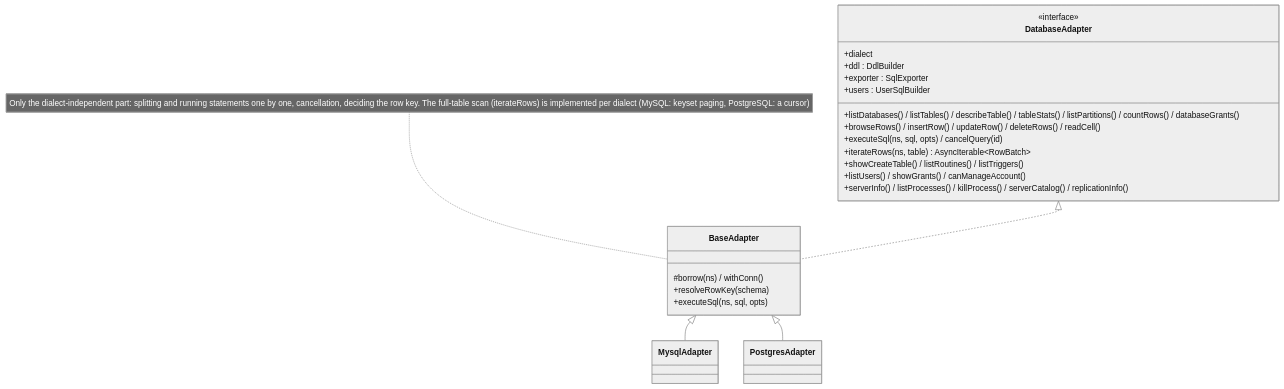
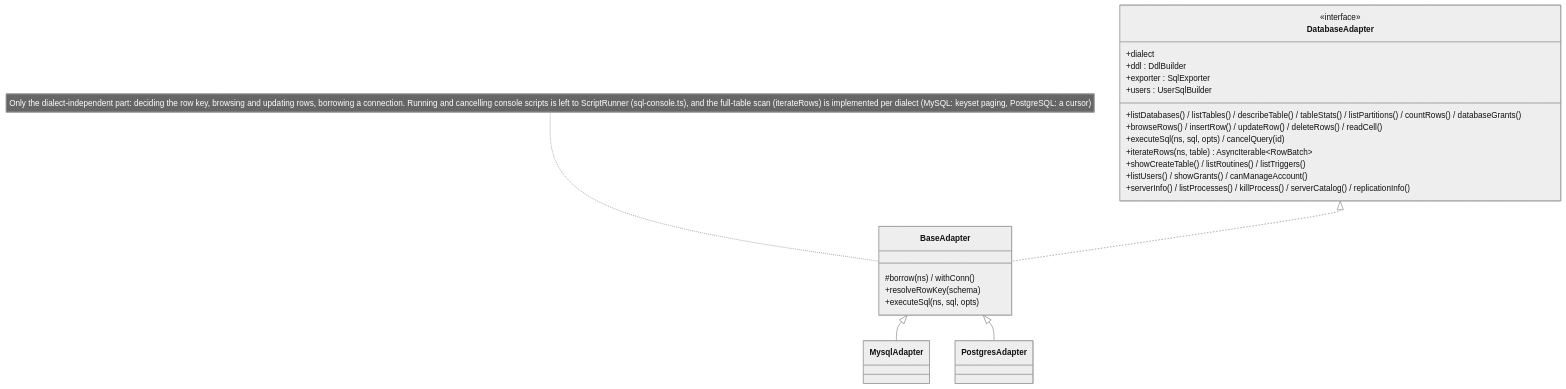
The third of 11 diagrams in docs/en/architecture.md (ip-san/tsmyadmin), drawn with Mermaid (neutral theme) before and after one commit. The commit also changed other lines of this file and 4 other files, not shown here.

First line of the commit message:
refactor(adapter): SQL コンソールの実行とキャンセルを base.ts から sql-console.ts の ScriptRunner に切り出す（1252 → 912 行）

````diff
--- a/docs/en/architecture.md
+++ b/docs/en/architecture.md
@@ -88,28 +88,28 @@
 ```mermaid
 classDiagram
   class DatabaseAdapter {
     <<interface>>
     +dialect
     +listDatabases() / listTables() / describeTable() / tableStats() / listPartitions() / countRows() / databaseGrants()
     +browseRows() / insertRow() / updateRow() / deleteRows() / readCell()
     +executeSql(ns, sql, opts) / cancelQuery(id)
     +iterateRows(ns, table) AsyncIterable~RowBatch~
     +showCreateTable() / listRoutines() / listTriggers()
     +listUsers() / showGrants() / canManageAccount()
     +serverInfo() / listProcesses() / killProcess() / serverCatalog() / replicationInfo()
     +ddl : DdlBuilder
     +exporter : SqlExporter
     +users : UserSqlBuilder
   }
   class BaseAdapter {
     #borrow(ns) / withConn()
     +resolveRowKey(schema)
     +executeSql(ns, sql, opts)
   }
-  note for BaseAdapter "Only the dialect-independent part: splitting and running statements one by one, cancellation, deciding the row key. The full-table scan (iterateRows) is implemented per dialect (MySQL: keyset paging, PostgreSQL: a cursor)"
+  note for BaseAdapter "Only the dialect-independent part: deciding the row key, browsing and updating rows, borrowing a connection. Running and cancelling console scripts is left to ScriptRunner (sql-console.ts), and the full-table scan (iterateRows) is implemented per dialect (MySQL: keyset paging, PostgreSQL: a cursor)"
   class MysqlAdapter
   class PostgresAdapter
   DatabaseAdapter <|.. BaseAdapter
   BaseAdapter <|-- MysqlAdapter
   BaseAdapter <|-- PostgresAdapter
 ```
````
